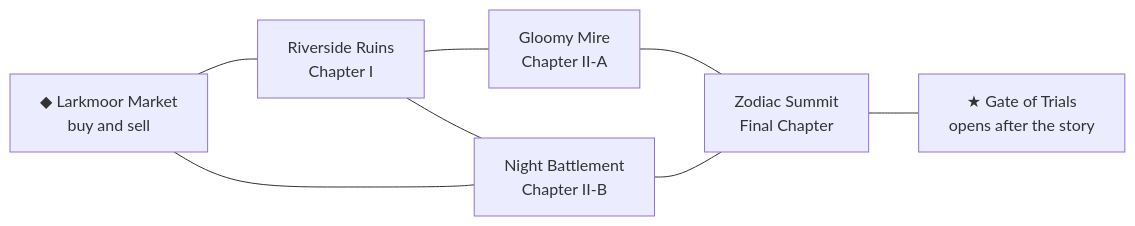
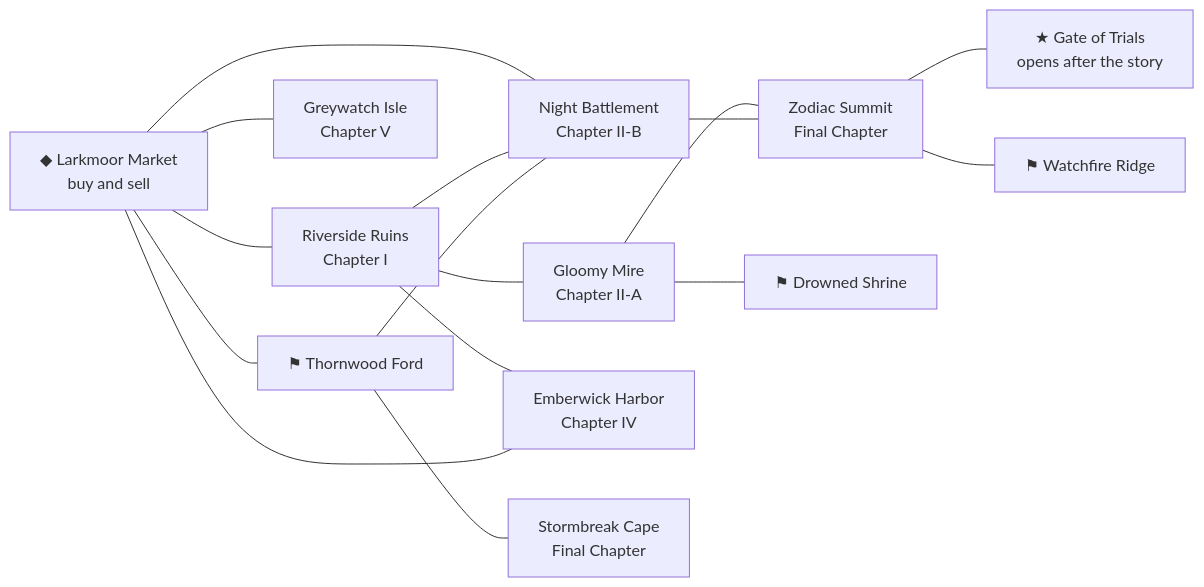
Before and after one commit to CptNope/Chess-RPG-Tactics: the fourth of 5 diagrams in docs/GAMEPLAY_GUIDE.md, drawn with Mermaid. The commit also changed other lines of this file and 29 other files, not shown here.

````diff
--- a/docs/GAMEPLAY_GUIDE.md
+++ b/docs/GAMEPLAY_GUIDE.md
@@ -98,10 +114,17 @@
 ```mermaid
 flowchart LR
     M["◆ Larkmoor Market<br/>buy and sell"] --- R["Riverside Ruins<br/>Chapter I"]
     M --- B["Night Battlement<br/>Chapter II-B"]
     R --- G["Gloomy Mire<br/>Chapter II-A"]
     R --- B
     G --- Z["Zodiac Summit<br/>Final Chapter"]
     B --- Z
     Z --- T["★ Gate of Trials<br/>opens after the story"]
+    R --- H["Emberwick Harbor<br/>Chapter IV"]
+    M --- H
+    M --- I["Greywatch Isle<br/>Chapter V"]
+    M --- TF["⚑ Thornwood Ford"] --- B
+    TF --- CP["Stormbreak Cape<br/>Final Chapter"]
+    G --- DS["⚑ Drowned Shrine"]
+    Z --- WR["⚑ Watchfire Ridge"]
 ```
````
